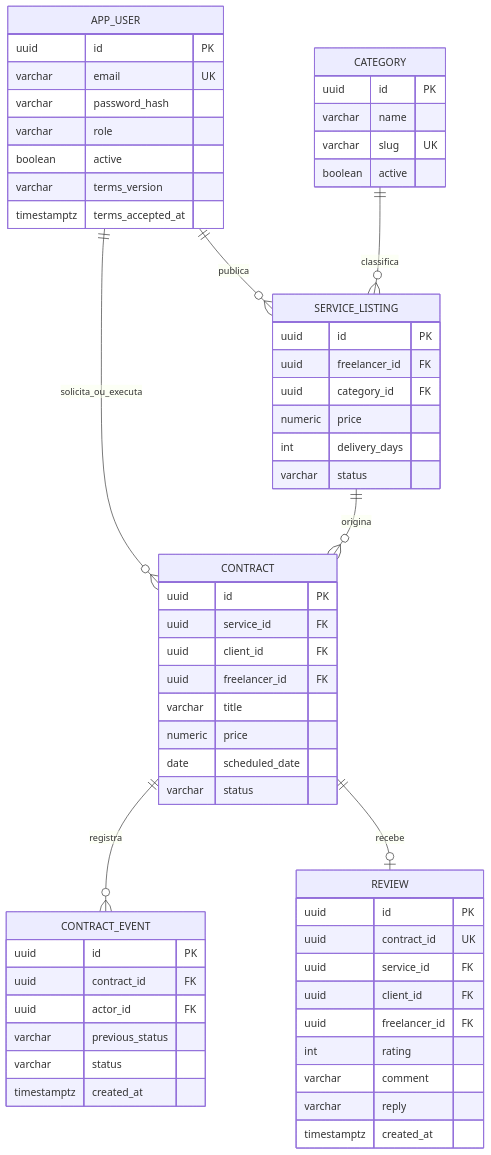
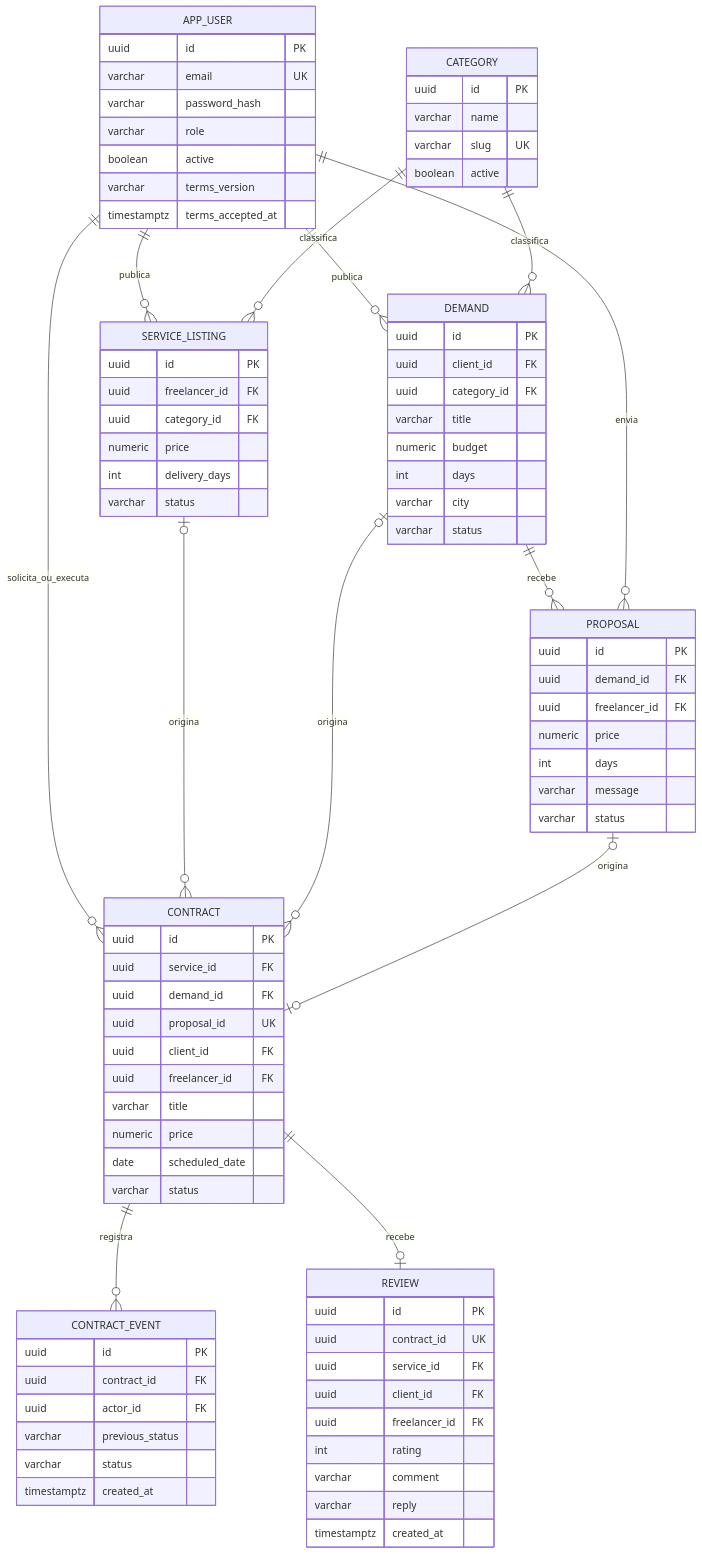
The diagram in docs/dados.md (fabiolrocha/FreeLanceNow), drawn with Mermaid before and after one commit. The commit also changed other lines of this file and 30 other files, not shown here.

````diff
--- a/docs/dados.md
+++ b/docs/dados.md
@@ -7,9 +7,15 @@
   APP_USER ||--o{ SERVICE_LISTING : publica
   CATEGORY ||--o{ SERVICE_LISTING : classifica
   APP_USER ||--o{ CONTRACT : solicita_ou_executa
-  SERVICE_LISTING ||--o{ CONTRACT : origina
+  SERVICE_LISTING |o--o{ CONTRACT : origina
+  DEMAND |o--o{ CONTRACT : origina
+  PROPOSAL |o--o| CONTRACT : origina
   CONTRACT ||--o{ CONTRACT_EVENT : registra
   CONTRACT ||--o| REVIEW : recebe
+  APP_USER ||--o{ DEMAND : publica
+  CATEGORY ||--o{ DEMAND : classifica
+  DEMAND ||--o{ PROPOSAL : recebe
+  APP_USER ||--o{ PROPOSAL : envia
   APP_USER {
     uuid id PK
     varchar email UK
@@ -36,6 +42,8 @@
   CONTRACT {
     uuid id PK
     uuid service_id FK
+    uuid demand_id FK
+    uuid proposal_id UK
     uuid client_id FK
     uuid freelancer_id FK
     varchar title
@@ -62,4 +70,23 @@
     varchar reply
     timestamptz created_at
   }
+  DEMAND {
+    uuid id PK
+    uuid client_id FK
+    uuid category_id FK
+    varchar title
+    numeric budget
+    int days
+    varchar city
+    varchar status
+  }
+  PROPOSAL {
+    uuid id PK
+    uuid demand_id FK
+    uuid freelancer_id FK
+    numeric price
+    int days
+    varchar message
+    varchar status
+  }
 ```
````
